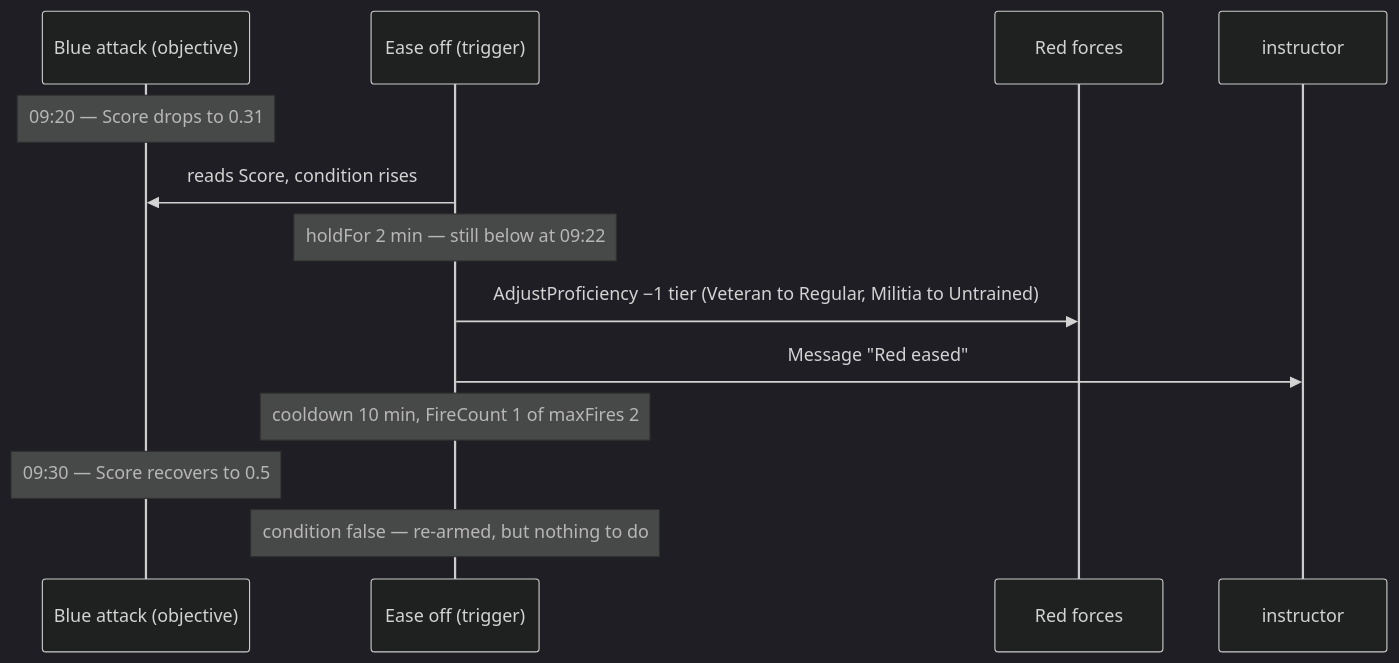
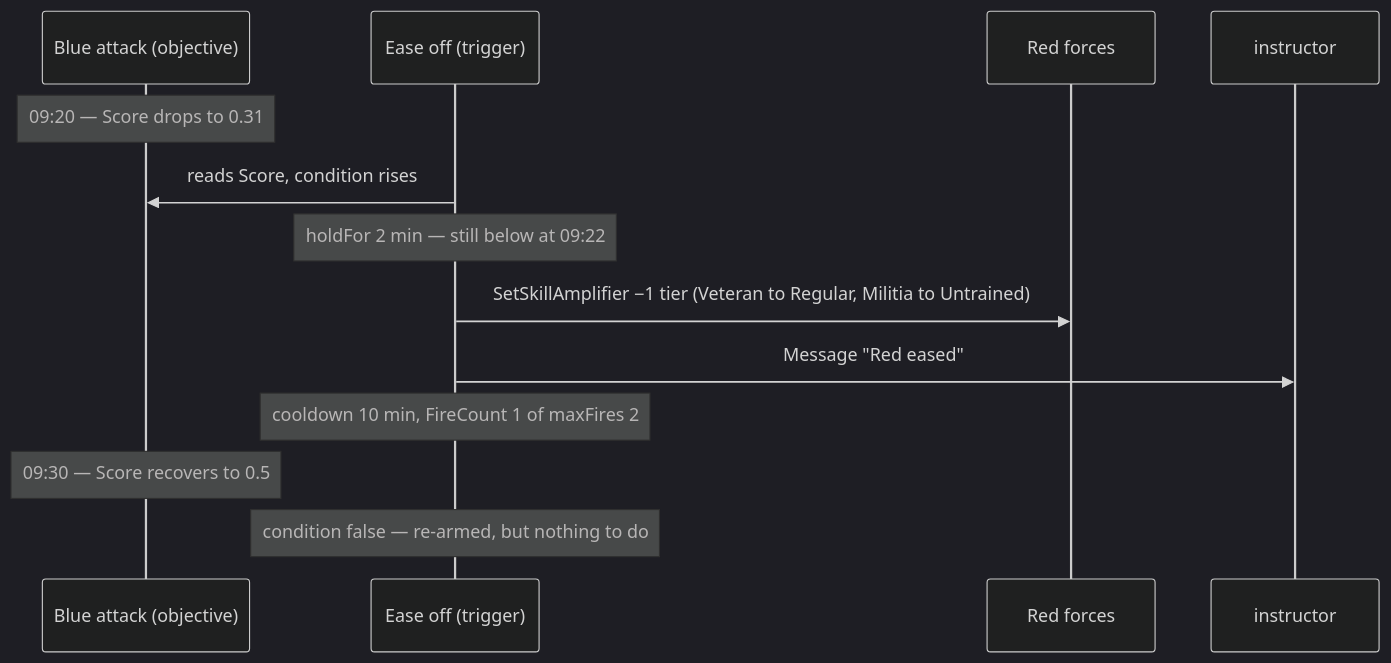
Diagram 13 of 15 in docs/EXPLAINER_Scenario_Evaluation_And_Direction.md (pjanec/HROT), drawn with Mermaid (dark theme) before and after one commit. The commit also changed other lines of this file and 2 other files, not shown here.

First line of the commit message:
docs: SR-100 reconciled with R-4106/P-5 (SetSkillAmplifier per side, tiers); SR-104 game-master mode — what is live today, Z1-Z7

````diff
--- a/docs/EXPLAINER_Scenario_Evaluation_And_Direction.md
+++ b/docs/EXPLAINER_Scenario_Evaluation_And_Direction.md
@@ -384,15 +384,15 @@
 ```mermaid
 sequenceDiagram
     participant BA as Blue attack (objective)
     participant EO as Ease off (trigger)
     participant RED as Red forces
     participant IOS as instructor
     Note over BA: 09:20 — Score drops to 0.31
     EO->>BA: reads Score, condition rises
     Note over EO: holdFor 2 min — still below at 09:22
-    EO->>RED: AdjustProficiency −1 tier (Veteran to Regular, Militia to Untrained)
+    EO->>RED: SetSkillAmplifier −1 tier (Veteran to Regular, Militia to Untrained)
     EO->>IOS: Message "Red eased"
     Note over EO: cooldown 10 min, FireCount 1 of maxFires 2
     Note over BA: 09:30 — Score recovers to 0.5
     Note over EO: condition false — re-armed, but nothing to do
 ```
````
